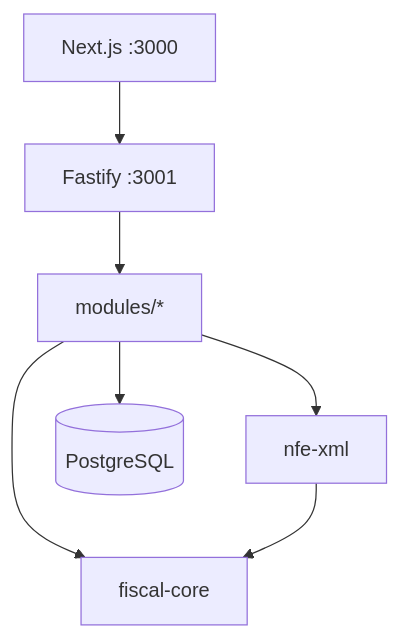
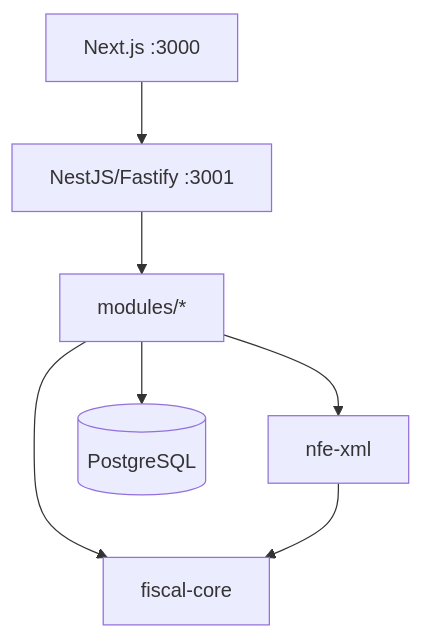
The diagram in README.md (Matheus-santos7/MSimulation-XML), drawn with Mermaid before and after one commit. The commit also changed other lines of this file and 13 other files, not shown here.

````diff
--- a/README.md
+++ b/README.md
@@ -94,9 +99,9 @@
 ```mermaid
 graph TB
-  NEXT[Next.js :3000] --> FAST[Fastify :3001]
+  NEXT[Next.js :3000] --> FAST[NestJS/Fastify :3001]
   FAST --> MOD[modules/*]
   MOD --> FC[fiscal-core]
   MOD --> NX[nfe-xml]
   NX --> FC
   MOD --> PG[(PostgreSQL)]
 ```
````
